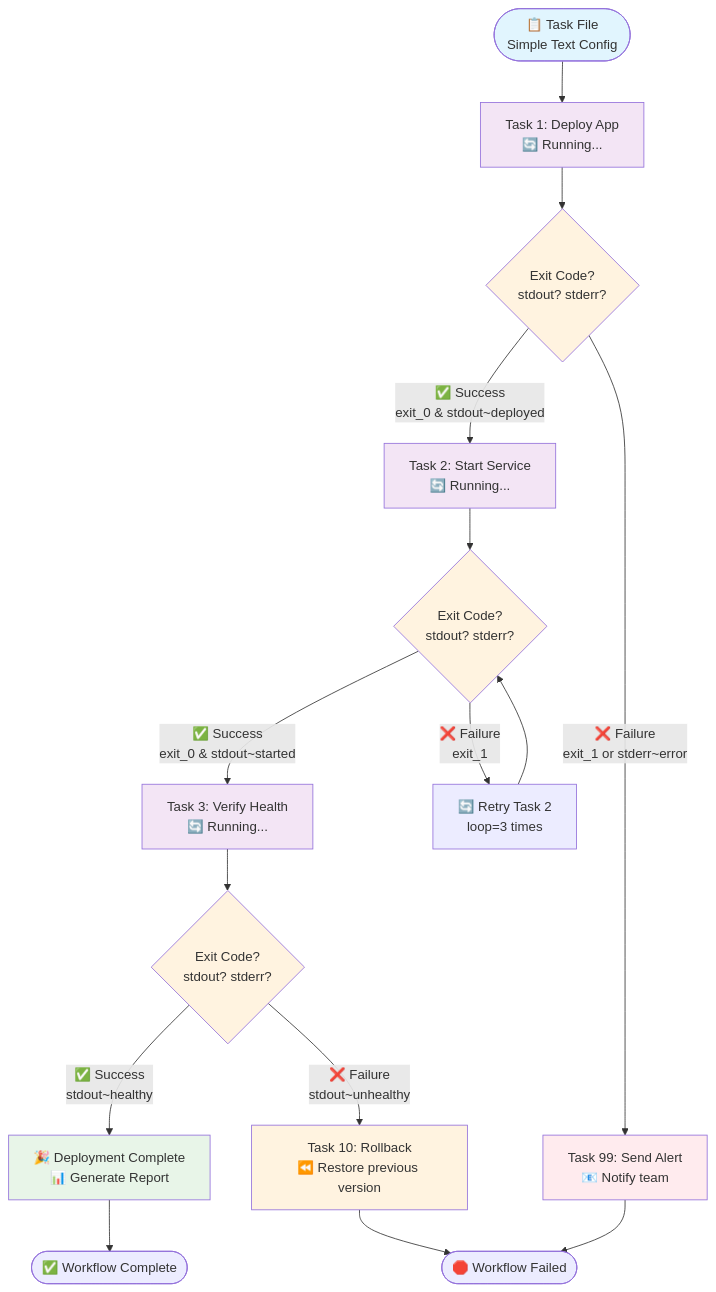
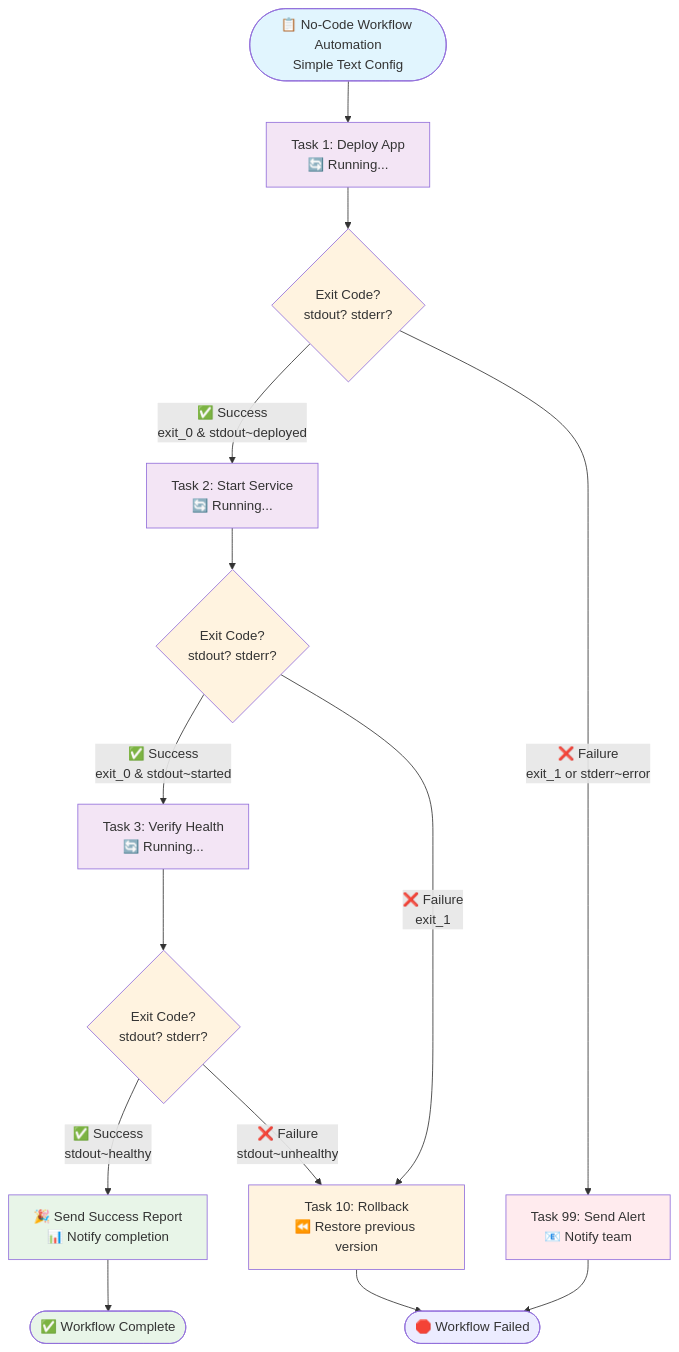
The first of 4 diagrams in README.md (bastelbude1/Tasker), drawn with Mermaid before and after one commit. The commit also changed other lines of this file, not shown here.

````diff
--- a/README.md
+++ b/README.md
@@ -5,32 +5,32 @@
 ```mermaid
 graph TD
-    Start([📋 Task File<br/>Simple Text Config]) --> T1[Task 1: Deploy App<br/>🔄 Running...]
+    Start([📋 No-Code Workflow Automation<br/>Simple Text Config]) --> T1[Task 1: Deploy App<br/>🔄 Running...]
     T1 --> Check1{Exit Code?<br/>stdout? stderr?}
 
     Check1 -->|✅ Success<br/>exit_0 & stdout~deployed| T2[Task 2: Start Service<br/>🔄 Running...]
     Check1 -->|❌ Failure<br/>exit_1 or stderr~error| Error[Task 99: Send Alert<br/>📧 Notify team]
 
     T2 --> Check2{Exit Code?<br/>stdout? stderr?}
     Check2 -->|✅ Success<br/>exit_0 & stdout~started| T3[Task 3: Verify Health<br/>🔄 Running...]
-    Check2 -->|❌ Failure<br/>exit_1| Retry[🔄 Retry Task 2<br/>loop=3 times]
+    Check2 -->|❌ Failure<br/>exit_1| Rollback[Task 10: Rollback<br/>⏪ Restore previous version]
 
-    Retry --> Check2
     T3 --> Check3{Exit Code?<br/>stdout? stderr?}
-    Check3 -->|✅ Success<br/>stdout~healthy| Success[🎉 Deployment Complete<br/>📊 Generate Report]
-    Check3 -->|❌ Failure<br/>stdout~unhealthy| Rollback[Task 10: Rollback<br/>⏪ Restore previous version]
+    Check3 -->|✅ Success<br/>stdout~healthy| Success[🎉 Send Success Report<br/>📊 Notify completion]
+    Check3 -->|❌ Failure<br/>stdout~unhealthy| Rollback
 
     Error --> End([🛑 Workflow Failed])
-    Success --> End2([✅ Workflow Complete])
+    Success --> Complete([✅ Workflow Complete])
     Rollback --> End
 
     style Start fill:#e1f5fe
     style T1 fill:#f3e5f5
     style T2 fill:#f3e5f5
     style T3 fill:#f3e5f5
     style Check1 fill:#fff3e0
     style Check2 fill:#fff3e0
     style Check3 fill:#fff3e0
     style Success fill:#e8f5e8
     style Error fill:#ffebee
     style Rollback fill:#fff3e0
+    style Complete fill:#e8f5e8
 ```
````
